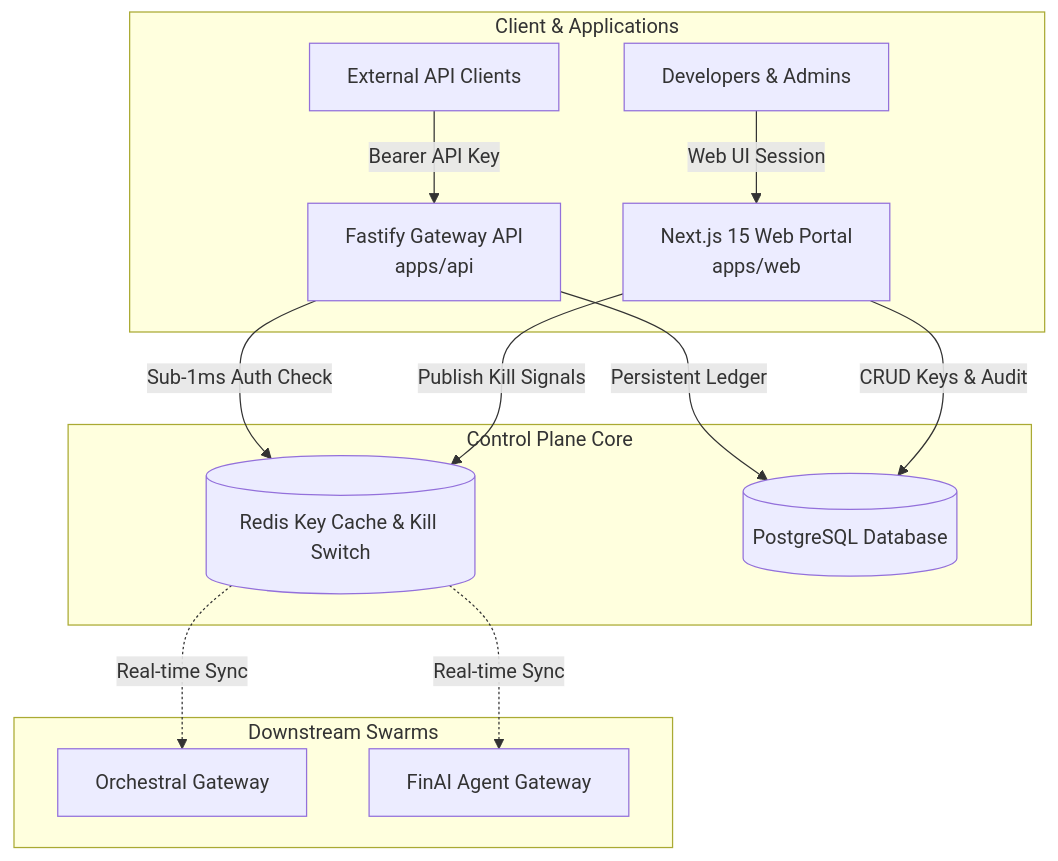
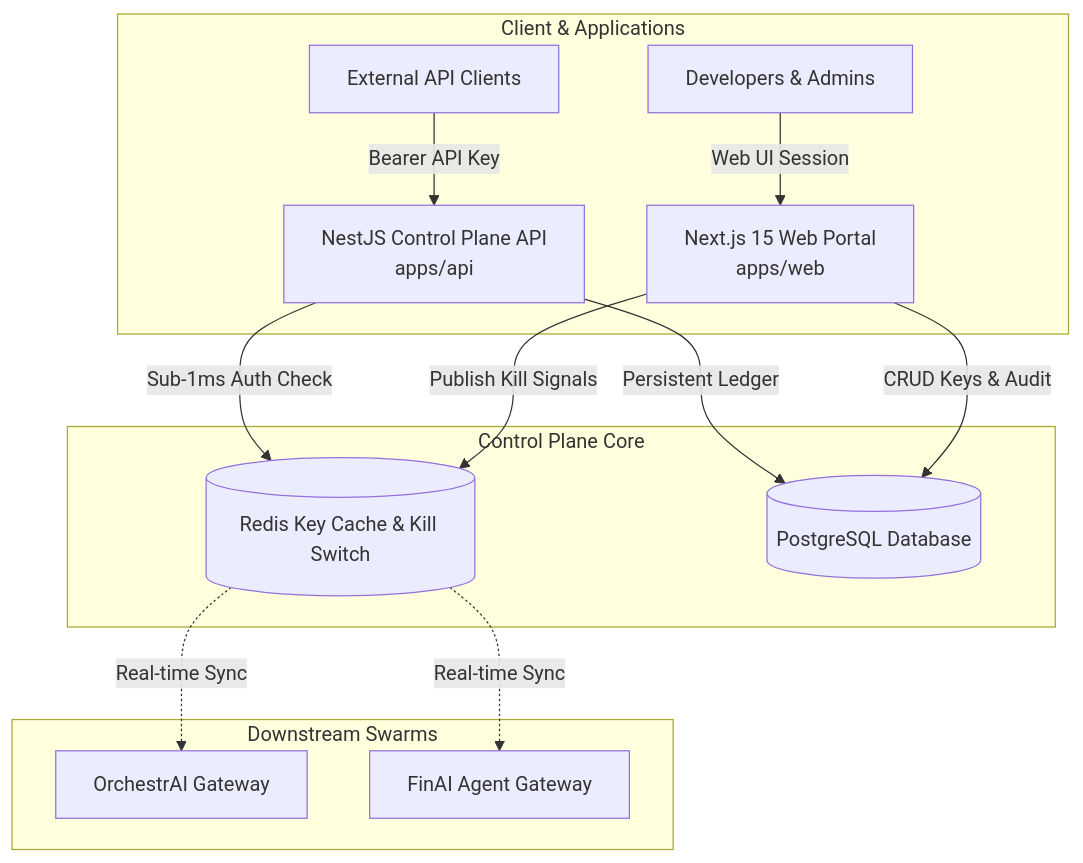
One commit to yuvadevlab/devlab-portal changed the diagram in README.md. Above: the diagram before and after it, drawn with Mermaid. The commit also changed other lines of this file and 4 other files, not shown here.

````diff
--- a/README.md
+++ b/README.md
@@ -18,19 +18,19 @@
 ```mermaid
 graph TD
     subgraph Client & Applications
-        A[External API Clients] -->|Bearer API Key| B[Fastify Gateway API<br/>apps/api]
+        A[External API Clients] -->|Bearer API Key| B[NestJS Control Plane API<br/>apps/api]
         Dev[Developers & Admins] -->|Web UI Session| C[Next.js 15 Web Portal<br/>apps/web]
     end
 
     subgraph Control Plane Core
         B -->|Sub-1ms Auth Check| D[(Redis Key Cache & Kill Switch)]
         B -->|Persistent Ledger| E[(PostgreSQL Database)]
         C -->|CRUD Keys & Audit| E
         C -->|Publish Kill Signals| D
     end
 
     subgraph Downstream Swarms
-        D -.->|Real-time Sync| O[OrchestraI Gateway]
+        D -.->|Real-time Sync| O[OrchestrAI Gateway]
         D -.->|Real-time Sync| F[FinAI Agent Gateway]
     end
 ```
````
